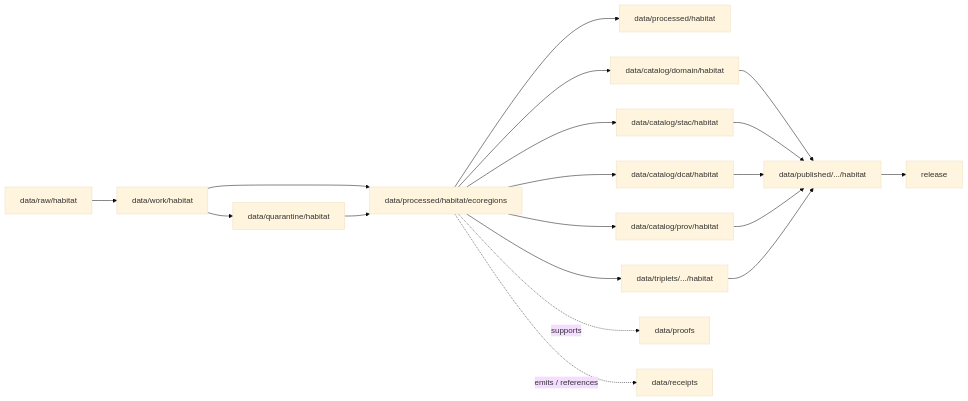
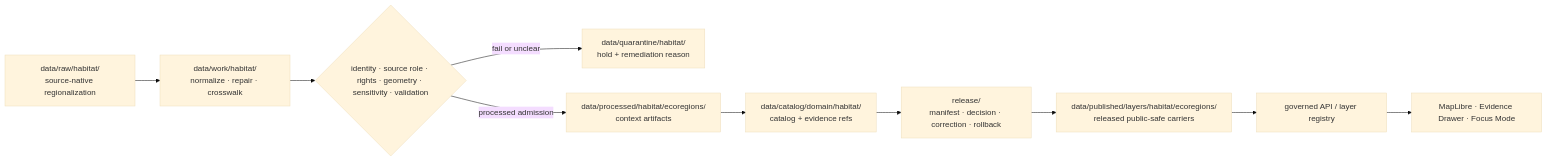
One commit to bartytime4life/Kansas-Frontier-Matrix changed the diagram in data/processed/habitat/ecoregions/README.md. Above: the diagram before and after it, drawn with Mermaid (base theme). The commit also changed other lines of this file, not shown here.

Commit message:
docs: modernize Habitat ecoregions README

````diff
--- a/data/processed/habitat/ecoregions/README.md
+++ b/data/processed/habitat/ecoregions/README.md
@@ -105,21 +305,12 @@
 ```mermaid
 flowchart LR
-  RAW[data/raw/habitat] --> WORK[data/work/habitat]
-  WORK --> QUAR[data/quarantine/habitat]
-  WORK --> ECO[data/processed/habitat/ecoregions]
-  QUAR --> ECO
-  ECO --> PROC[data/processed/habitat]
-  ECO --> CAT[data/catalog/domain/habitat]
-  ECO --> STAC[data/catalog/stac/habitat]
-  ECO --> DCAT[data/catalog/dcat/habitat]
-  ECO --> PROV[data/catalog/prov/habitat]
-  ECO --> TRIP[data/triplets/.../habitat]
-  ECO -. supports .-> PROOF[data/proofs]
-  ECO -. emits / references .-> RECEIPT[data/receipts]
-  CAT --> PUBLISHED[data/published/.../habitat]
-  STAC --> PUBLISHED
-  DCAT --> PUBLISHED
-  PROV --> PUBLISHED
-  TRIP --> PUBLISHED
-  PUBLISHED --> REL[release]
+    RAW["data/raw/habitat/<br/>source-native regionalization"] --> WORK["data/work/habitat/<br/>normalize · repair · crosswalk"]
+    WORK --> CHECK{"identity · source role · rights · geometry · sensitivity · validation"}
+    CHECK -->|fail or unclear| QUAR["data/quarantine/habitat/<br/>hold + remediation reason"]
+    CHECK -->|processed admission| PROC["data/processed/habitat/ecoregions/<br/>context artifacts"]
+    PROC --> CAT["data/catalog/domain/habitat/<br/>catalog + evidence refs"]
+    CAT --> REL["release/<br/>manifest · decision · correction · rollback"]
+    REL --> PUB["data/published/layers/habitat/ecoregions/<br/>released public-safe carriers"]
+    PUB --> API["governed API / layer registry"]
+    API --> UI["MapLibre · Evidence Drawer · Focus Mode"]
 ```
````
